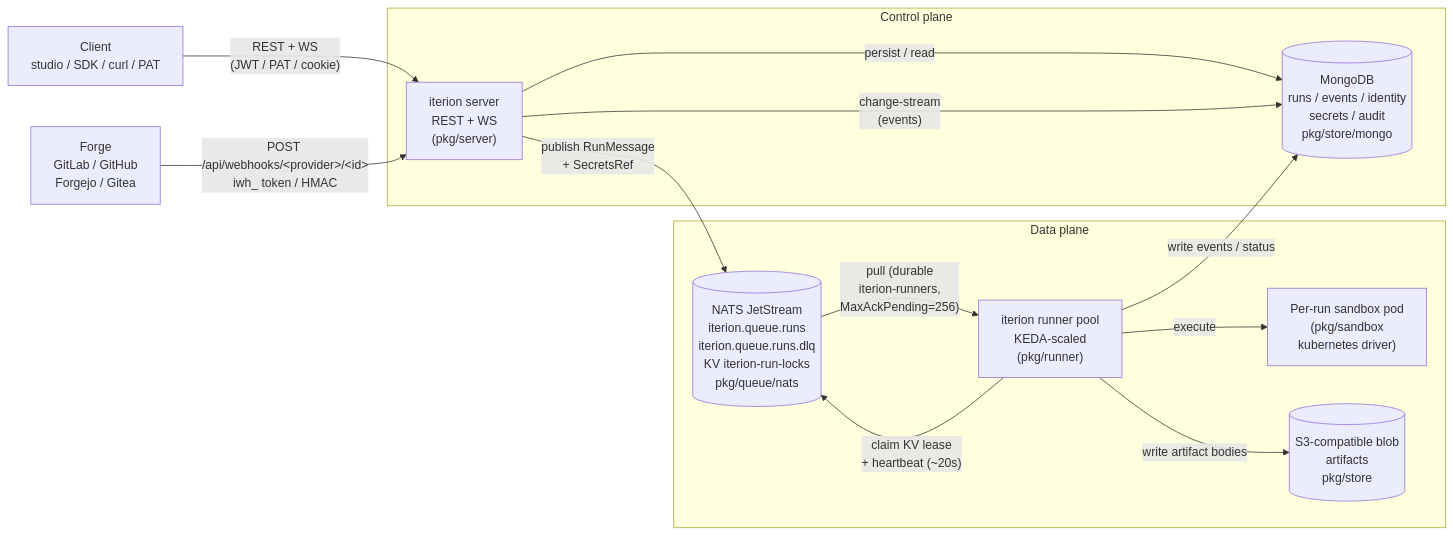
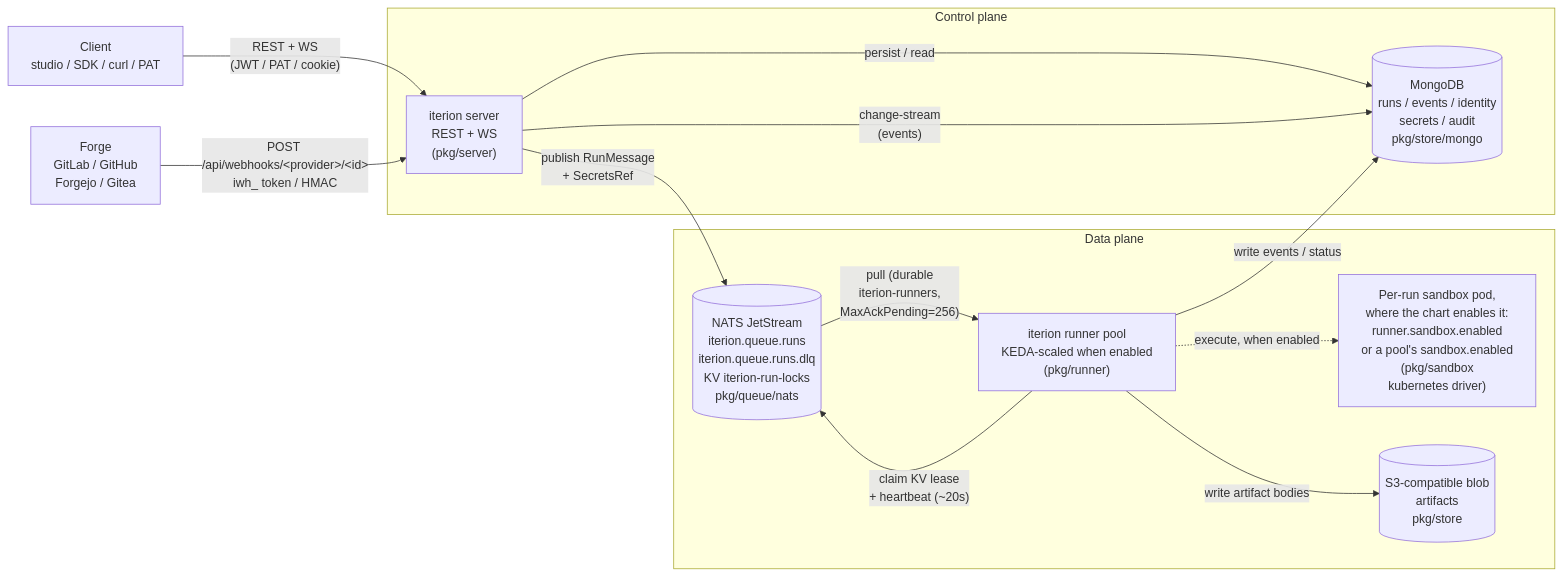
The diagram in docs/cloud-architecture.md (SocialGouv/iterion), drawn with Mermaid before and after one commit. The commit also changed other lines of this file and 15 other files, not shown here.

````diff
--- a/docs/cloud-architecture.md
+++ b/docs/cloud-architecture.md
@@ -17,27 +17,27 @@
 ```mermaid
 flowchart LR
   subgraph "Control plane"
     SRV["iterion server<br/>REST + WS<br/>(pkg/server)"]
     MONGO[("MongoDB<br/>runs / events / identity<br/>secrets / audit<br/>pkg/store/mongo")]
   end
 
   subgraph "Data plane"
     NATS[("NATS JetStream<br/>iterion.queue.runs<br/>iterion.queue.runs.dlq<br/>KV iterion-run-locks<br/>pkg/queue/nats")]
-    RUN["iterion runner pool<br/>KEDA-scaled<br/>(pkg/runner)"]
-    SBX["Per-run sandbox pod<br/>(pkg/sandbox<br/>kubernetes driver)"]
+    RUN["iterion runner pool<br/>KEDA-scaled when enabled<br/>(pkg/runner)"]
+    SBX["Per-run sandbox pod,<br/>where the chart enables it:<br/>runner.sandbox.enabled<br/>or a pool's sandbox.enabled<br/>(pkg/sandbox<br/>kubernetes driver)"]
     S3[("S3-compatible blob<br/>artifacts<br/>pkg/store")]
   end
 
   CLIENT[Client<br/>studio / SDK / curl / PAT] -- "REST + WS<br/>(JWT / PAT / cookie)" --> SRV
   FORGE[Forge<br/>GitLab / GitHub<br/>Forgejo / Gitea] -- "POST /api/webhooks/&lt;provider&gt;/&lt;id&gt;<br/>iwh_ token / HMAC" --> SRV
 
   SRV -- "publish RunMessage<br/>+ SecretsRef" --> NATS
   SRV -- "persist / read" --> MONGO
   SRV -- "change-stream<br/>(events)" --> MONGO
 
   NATS -- "pull (durable<br/>iterion-runners,<br/>MaxAckPending=256)" --> RUN
   RUN -- "claim KV lease<br/>+ heartbeat (~20s)" --> NATS
-  RUN -- "execute" --> SBX
+  RUN -.->|"execute, when enabled"| SBX
   RUN -- "write events / status" --> MONGO
   RUN -- "write artifact bodies" --> S3
 ```
````
